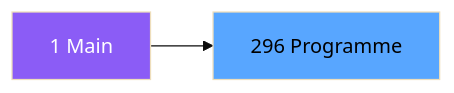
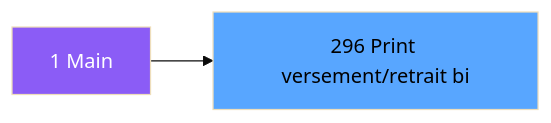
Before and after one commit to thonyAGP/magic-migration: the second of 3 diagrams in .openspec/specs/ADH-IDE-296.md, drawn with Mermaid (base theme). The commit also changed other lines of this file and 323 other files, not shown here.

````diff
--- a/.openspec/specs/ADH-IDE-296.md
+++ b/.openspec/specs/ADH-IDE-296.md
@@ -99,8 +112,8 @@
 ```mermaid
 graph LR
     M[1 Main]
-    T[296 Programme]
+    T[296 Print versement/retrait bi]
     M --> T
     style M fill:#8b5cf6,color:#fff
     style T fill:#58a6ff,color:#000
 ```
````
